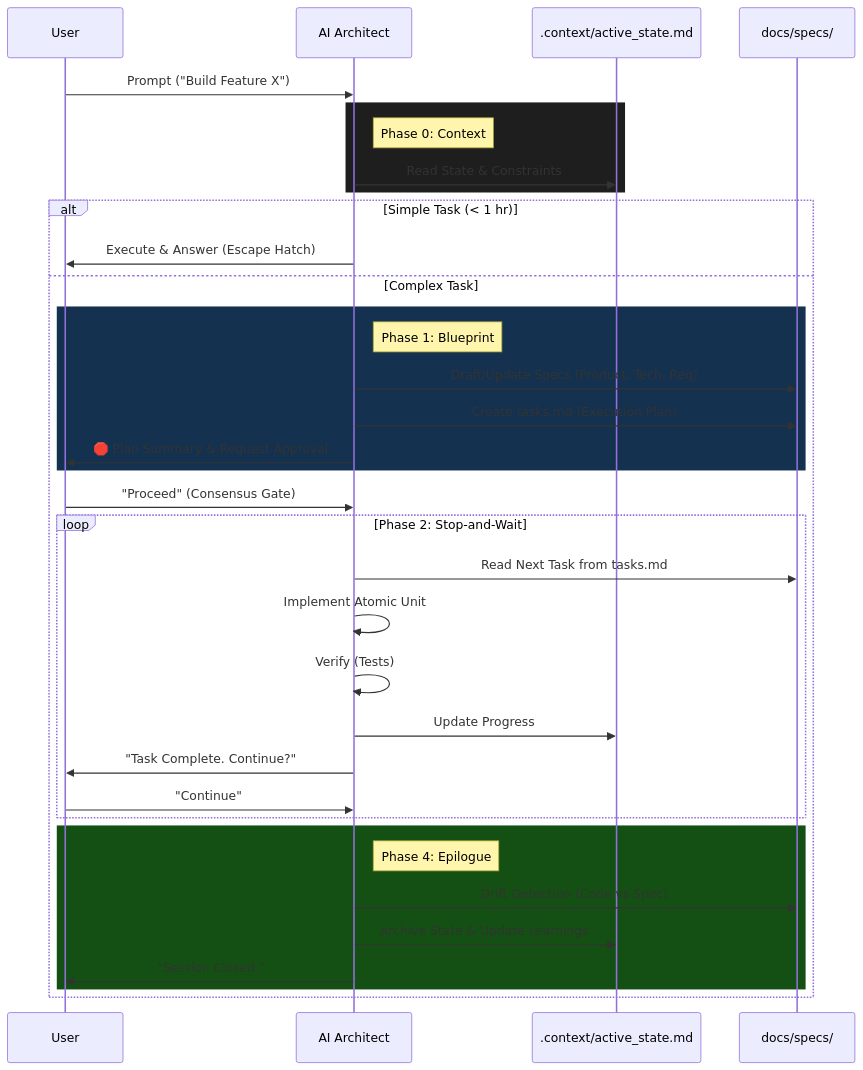
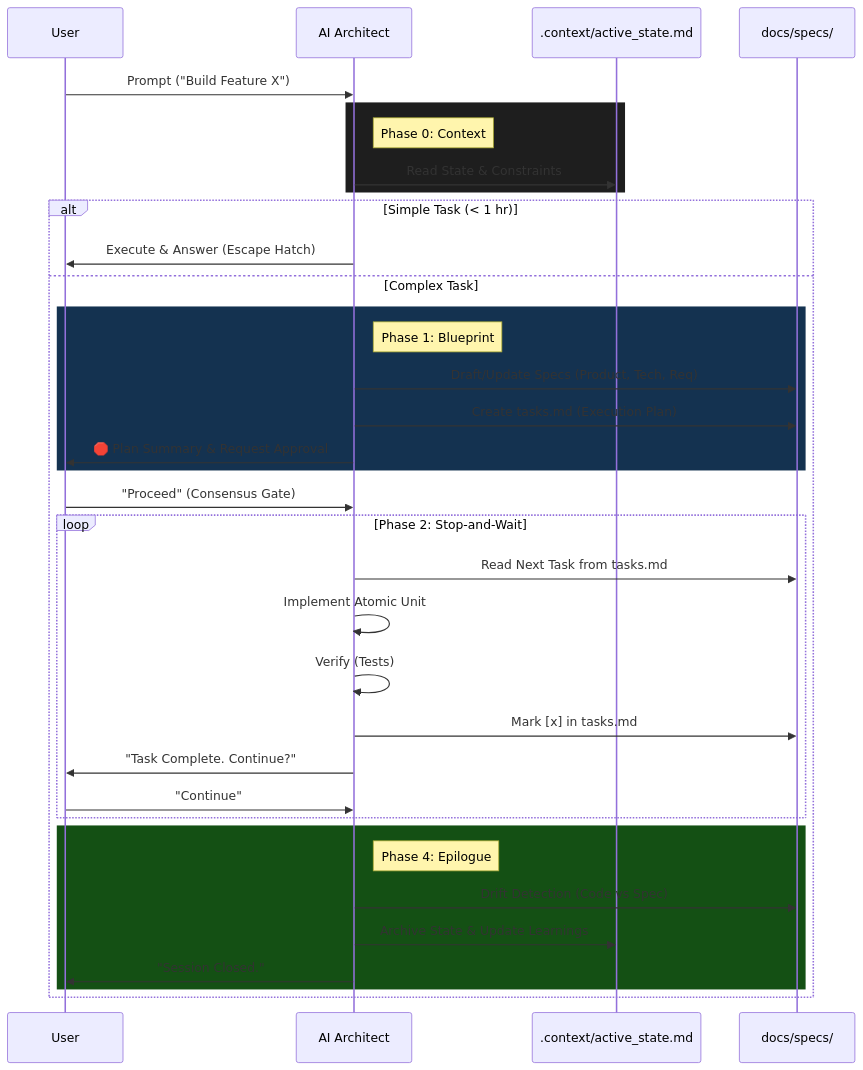
The diagram in README.md (Skeptomenos/Keystone), drawn with Mermaid before and after one commit. The commit also changed other lines of this file, not shown here.

Commit message:
docs: update Mermaid diagram to reflect v3.1 Single Source of Truth logic

````diff
--- a/README.md
+++ b/README.md
@@ -35,43 +35,43 @@
 ```mermaid
 sequenceDiagram
     participant User
     participant AI as AI Architect
     participant State as .context/active_state.md
     participant Specs as docs/specs/
 
     User->>AI: Prompt ("Build Feature X")
     
     rect rgb(30, 30, 30)
     Note right of AI: Phase 0: Context
     AI->>State: Read State & Constraints
     end
 
     alt Simple Task (< 1 hr)
         AI->>User: Execute & Answer (Escape Hatch)
     else Complex Task
         rect rgb(20, 50, 80)
         Note right of AI: Phase 1: Blueprint
         AI->>Specs: Draft/Update Specs (Product, Tech, Req)
         AI->>Specs: Create tasks.md (Execution Plan)
         AI->>User: 🛑 Plan Summary & Request Approval
         end
         
         User->>AI: "Proceed" (Consensus Gate)
 
         loop Phase 2: Stop-and-Wait
             AI->>Specs: Read Next Task from tasks.md
             AI->>AI: Implement Atomic Unit
             AI->>AI: Verify (Tests)
-            AI->>State: Update Progress
+            AI->>Specs: Mark [x] in tasks.md
             AI->>User: "Task Complete. Continue?"
             User->>AI: "Continue"
         end
 
         rect rgb(20, 80, 20)
         Note right of AI: Phase 4: Epilogue
         AI->>Specs: Drift Detection (Code vs Spec)
         AI->>State: Archive State & Update Learnings
         AI->>User: "Session Closed."
         end
     end
 ```
````
